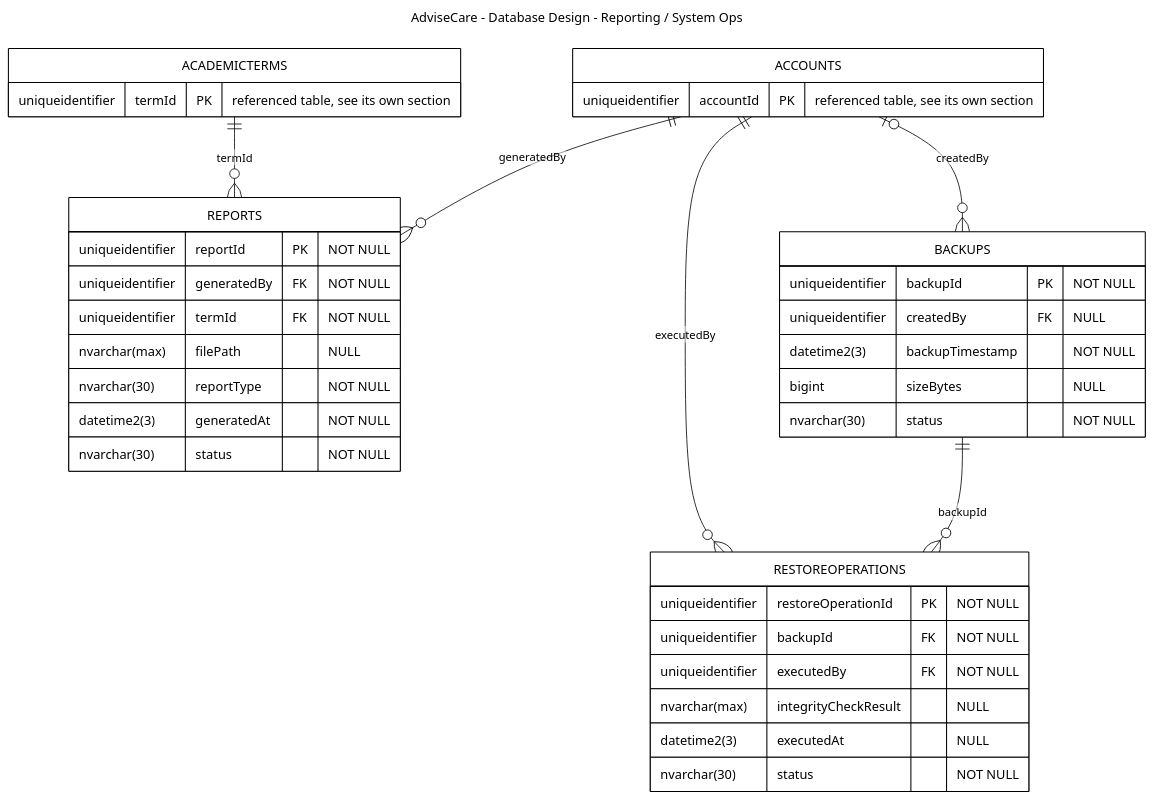
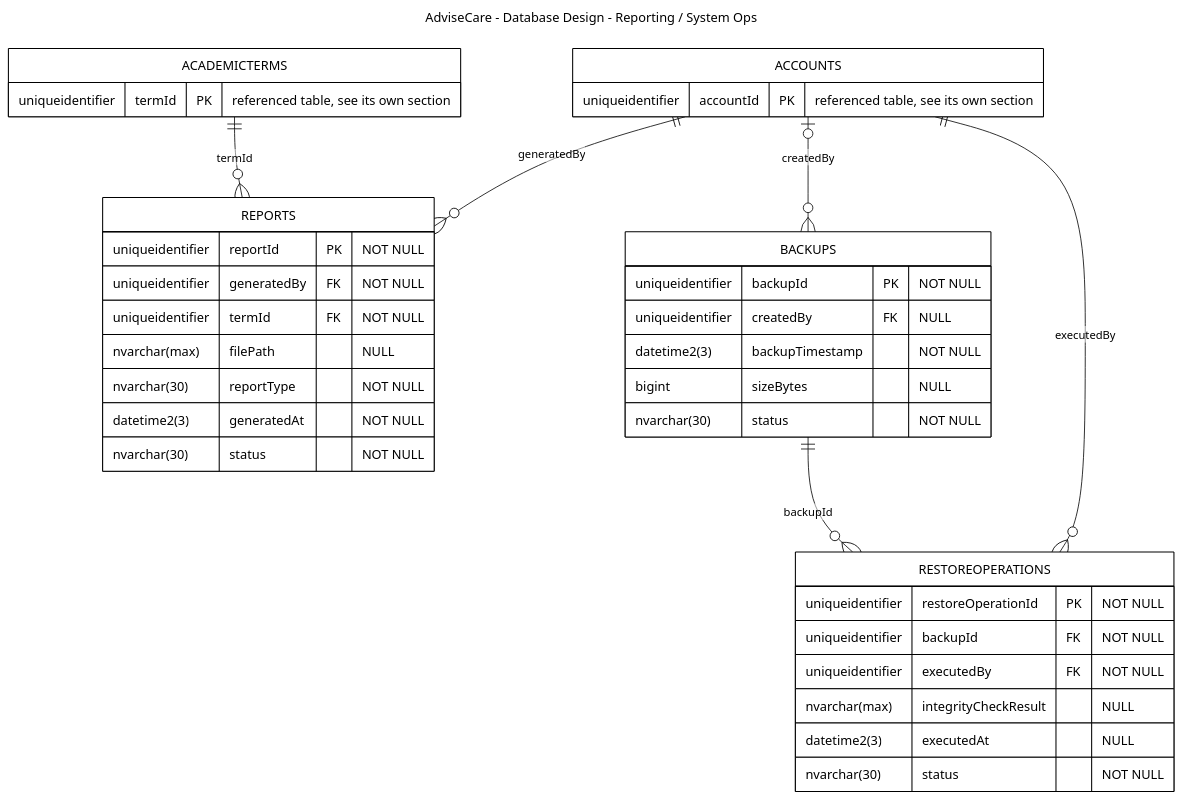
The diagram in Mermaid/Report 4/Database Design/Database_Design_8_Reporting_System_Ops.mmd (DanieLsvenn/AdviseCare), drawn with Mermaid before and after one commit. The commit also changed other lines of this file and 131 other files, not shown here.

```diff
--- a/Mermaid/Report 4/Database Design/Database_Design_8_Reporting_System_Ops.mmd
+++ b/Mermaid/Report 4/Database Design/Database_Design_8_Reporting_System_Ops.mmd
@@ -1,40 +1,40 @@
 ---
 title: AdviseCare - Database Design - Reporting / System Ops
 ---
 %%{init: {"theme":"base","themeVariables":{"background":"#ffffff","textColor":"#000000","primaryColor":"#ffffff","primaryTextColor":"#000000","primaryBorderColor":"#000000","secondaryColor":"#ffffff","secondaryTextColor":"#000000","secondaryBorderColor":"#000000","tertiaryColor":"#ffffff","tertiaryTextColor":"#000000","tertiaryBorderColor":"#000000","lineColor":"#000000","mainBkg":"#ffffff","secondBkg":"#ffffff","nodeBorder":"#000000","clusterBkg":"#ffffff","clusterBorder":"#000000","defaultLinkColor":"#000000","actorBkg":"#ffffff","actorBorder":"#000000","actorTextColor":"#000000","actorLineColor":"#000000","signalColor":"#000000","signalTextColor":"#000000","labelBoxBkgColor":"#ffffff","labelBoxBorderColor":"#000000","labelTextColor":"#000000","noteBkgColor":"#ffffff","noteBorderColor":"#000000","noteTextColor":"#000000","activationBkgColor":"#ffffff","activationBorderColor":"#000000","sequenceNumberColor":"#000000","attributeBackgroundColor":"#ffffff","classBackground":"#ffffff","classBorder":"#000000"}}}%%
 erDiagram
     REPORTS {
         uniqueidentifier reportId PK "NOT NULL"
         uniqueidentifier generatedBy FK "NOT NULL"
         uniqueidentifier termId FK "NOT NULL"
         nvarchar(max) filePath "NULL"
         nvarchar(30) reportType "NOT NULL"
         datetime2(3) generatedAt "NOT NULL"
         nvarchar(30) status "NOT NULL"
     }
     BACKUPS {
         uniqueidentifier backupId PK "NOT NULL"
         uniqueidentifier createdBy FK "NULL"
         datetime2(3) backupTimestamp "NOT NULL"
         bigint sizeBytes "NULL"
         nvarchar(30) status "NOT NULL"
     }
     RESTOREOPERATIONS {
         uniqueidentifier restoreOperationId PK "NOT NULL"
         uniqueidentifier backupId FK "NOT NULL"
         uniqueidentifier executedBy FK "NOT NULL"
         nvarchar(max) integrityCheckResult "NULL"
         datetime2(3) executedAt "NULL"
         nvarchar(30) status "NOT NULL"
     }
     ACADEMICTERMS {
         uniqueidentifier termId PK "referenced table, see its own section"
     }
     ACCOUNTS {
         uniqueidentifier accountId PK "referenced table, see its own section"
     }
     ACCOUNTS ||--o{ REPORTS : "generatedBy"
     ACADEMICTERMS ||--o{ REPORTS : "termId"
+    ACCOUNTS |o--o{ BACKUPS : "createdBy"
     BACKUPS ||--o{ RESTOREOPERATIONS : "backupId"
     ACCOUNTS ||--o{ RESTOREOPERATIONS : "executedBy"
-    ACCOUNTS |o--o{ BACKUPS : "createdBy"
```
